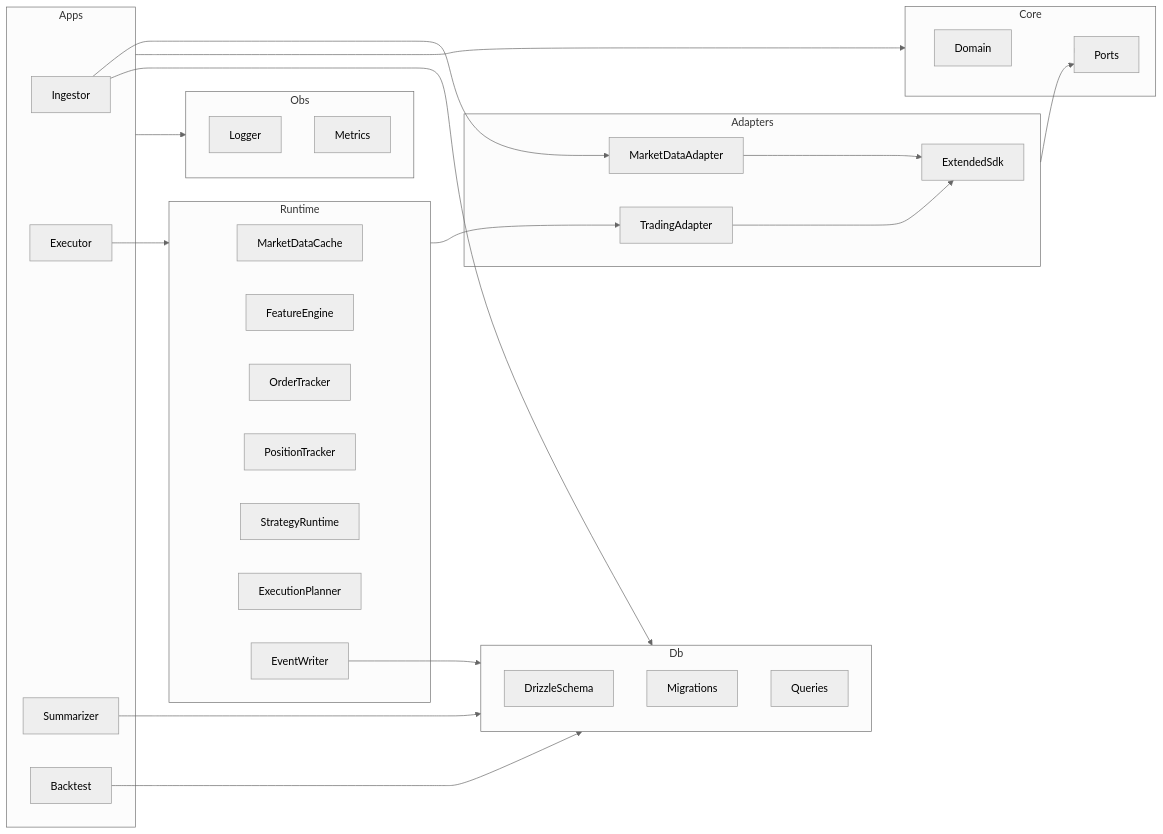
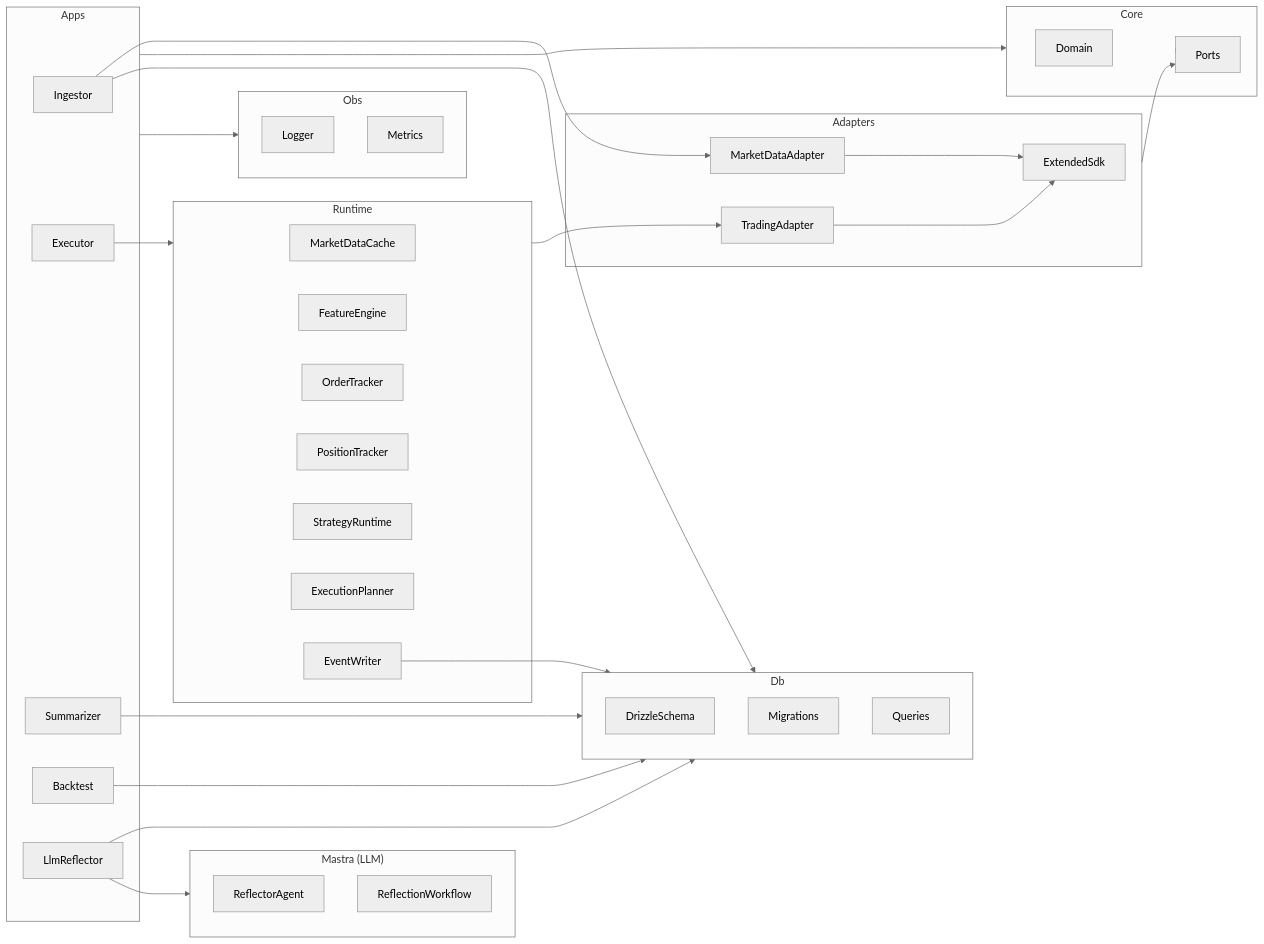
Before and after one commit to posaune0423/agentic-mm-bot: the first of 5 diagrams in .kiro/specs/agentic-mm-bot/design.md, drawn with Mermaid (neutral theme). The commit also changed other lines of this file and 87 other files, not shown here.

First line of the commit message:
Enhance backtest and llm-reflector applications with new features and repository integration

````diff
--- a/.kiro/specs/agentic-mm-bot/design.md
+++ b/.kiro/specs/agentic-mm-bot/design.md
@@ -28,58 +27,66 @@
 ```mermaid
 flowchart LR
   subgraph Apps
     Ingestor
     Executor
     Summarizer
     Backtest
+    LlmReflector
   end
 
   subgraph Core
     Domain
     Ports
   end
 
   subgraph Adapters
     ExtendedSdk
     MarketDataAdapter
     TradingAdapter
   end
 
   subgraph Runtime
     MarketDataCache
     FeatureEngine
     OrderTracker
     PositionTracker
     StrategyRuntime
     ExecutionPlanner
     EventWriter
+  end
+
+  subgraph MastraLayer ["Mastra (LLM)"]
+    ReflectorAgent
+    ReflectionWorkflow
   end
 
   subgraph Db
     DrizzleSchema
     Migrations
     Queries
   end
 
   subgraph Obs
     Logger
     Metrics
   end
 
   Apps --> Core
   Core --> Ports
   Adapters --> Ports
 
   Ingestor --> MarketDataAdapter
   Executor --> Runtime
   Runtime --> TradingAdapter
   MarketDataAdapter --> ExtendedSdk
   TradingAdapter --> ExtendedSdk
 
   Ingestor --> Db
   EventWriter --> Db
   Summarizer --> Db
   Backtest --> Db
+  LlmReflector --> Db
+  LlmReflector --> MastraLayer
 
   Apps --> Obs
 ```
````
